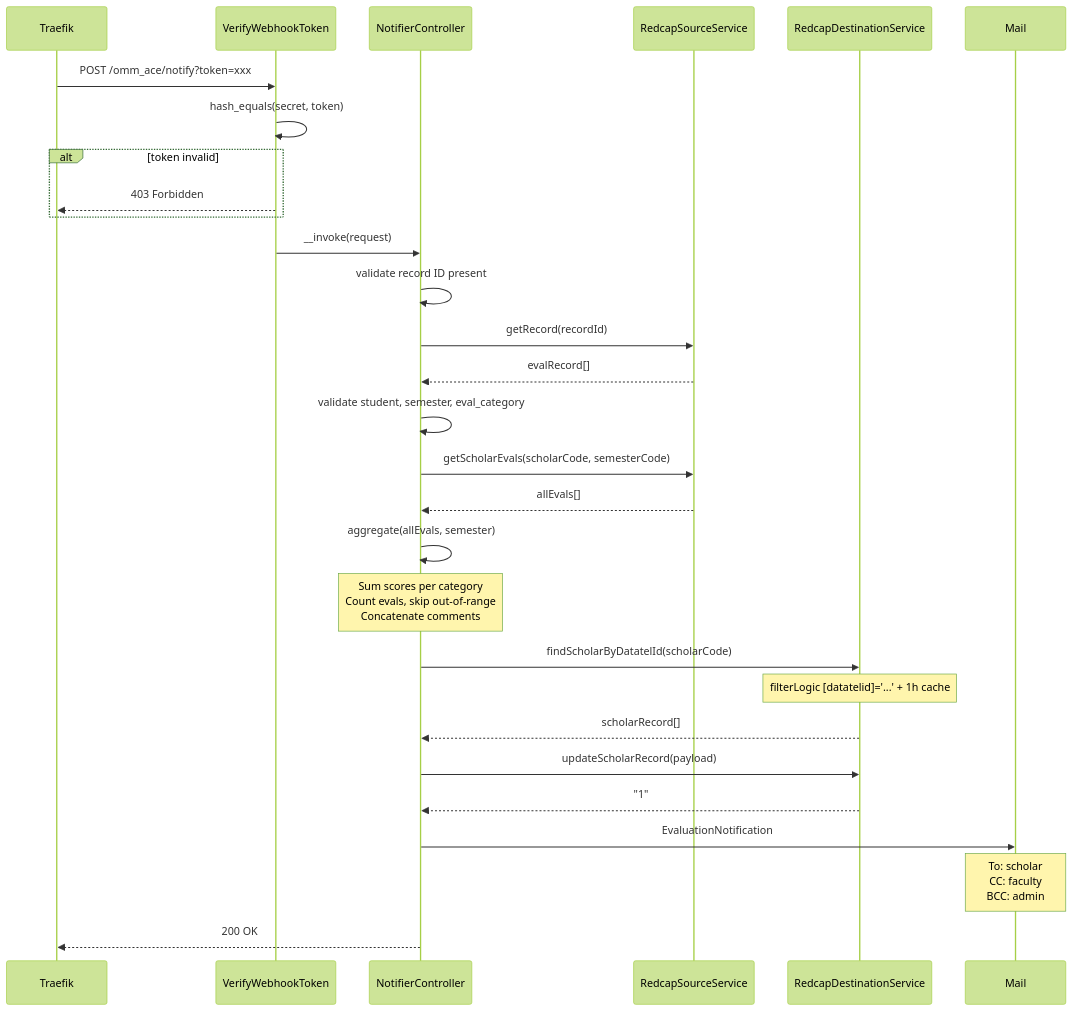
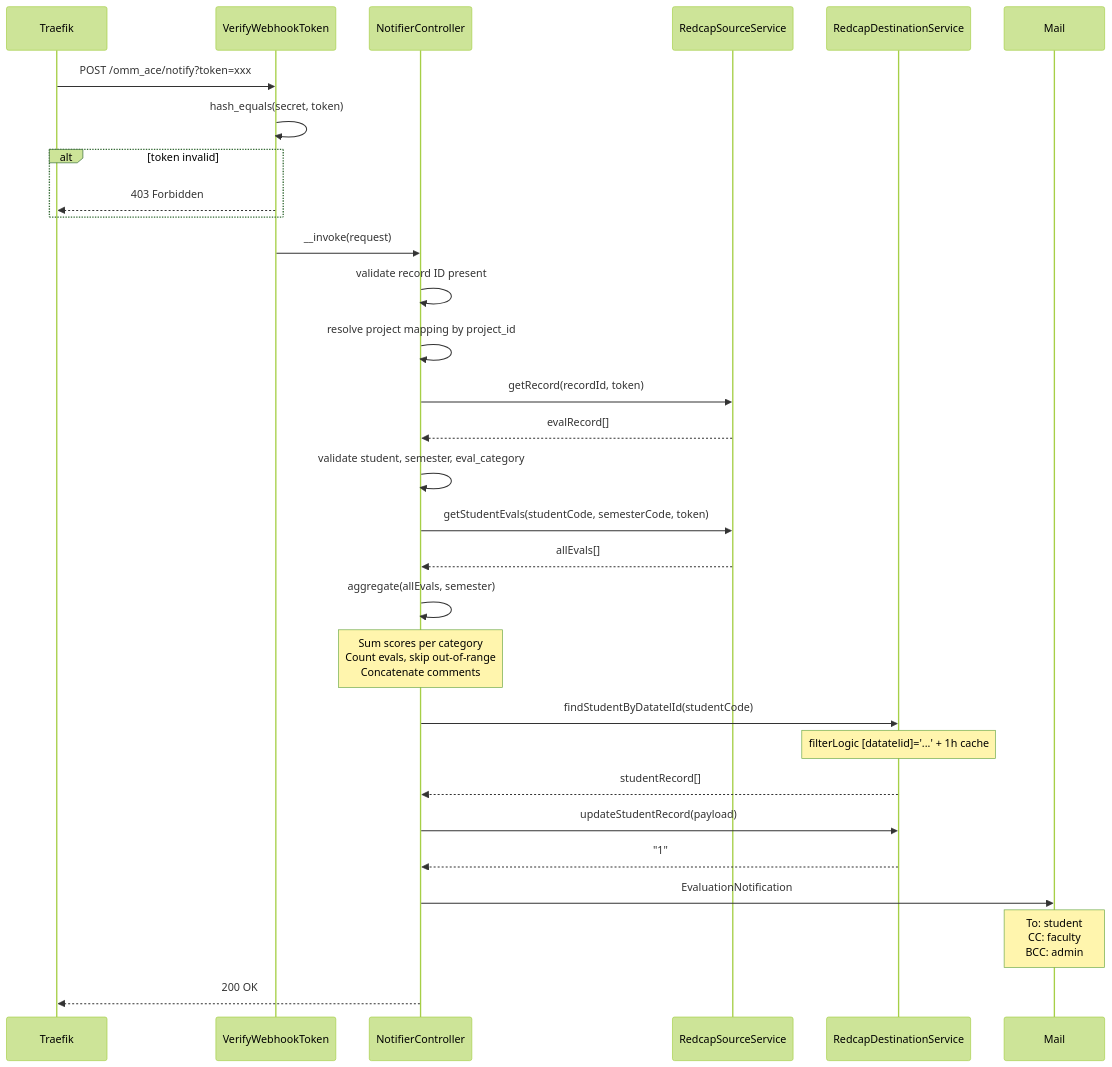
Before and after one commit to com-atg/OMM-SE: the fifth of 7 diagrams in Docs/architecture.md, drawn with Mermaid (forest theme). The commit also changed other lines of this file and 7 other files, not shown here.

````diff
--- a/Docs/architecture.md
+++ b/Docs/architecture.md
@@ -175,41 +177,42 @@
 ```mermaid
 sequenceDiagram
     participant TR as Traefik
     participant MW as VerifyWebhookToken
     participant NC as NotifierController
     participant SRC as RedcapSourceService
     participant DST as RedcapDestinationService
     participant MAIL as Mail
 
     TR->>MW: POST /omm_ace/notify?token=xxx
     MW->>MW: hash_equals(secret, token)
     alt token invalid
         MW-->>TR: 403 Forbidden
     end
 
     MW->>NC: __invoke(request)
     NC->>NC: validate record ID present
 
-    NC->>SRC: getRecord(recordId)
+    NC->>NC: resolve project mapping by project_id
+    NC->>SRC: getRecord(recordId, token)
     SRC-->>NC: evalRecord[]
 
     NC->>NC: validate student, semester, eval_category
 
-    NC->>SRC: getScholarEvals(scholarCode, semesterCode)
+    NC->>SRC: getStudentEvals(studentCode, semesterCode, token)
     SRC-->>NC: allEvals[]
 
     NC->>NC: aggregate(allEvals, semester)
     Note over NC: Sum scores per category<br/>Count evals, skip out-of-range<br/>Concatenate comments
 
-    NC->>DST: findScholarByDatatelId(scholarCode)
+    NC->>DST: findStudentByDatatelId(studentCode)
     Note over DST: filterLogic [datatelid]='...' + 1h cache
-    DST-->>NC: scholarRecord[]
+    DST-->>NC: studentRecord[]
 
-    NC->>DST: updateScholarRecord(payload)
+    NC->>DST: updateStudentRecord(payload)
     DST-->>NC: "1"
 
     NC->>MAIL: EvaluationNotification
-    Note over MAIL: To: scholar<br/>CC: faculty<br/>BCC: admin
+    Note over MAIL: To: student<br/>CC: faculty<br/>BCC: admin
 
     NC-->>TR: 200 OK
 ```
````
